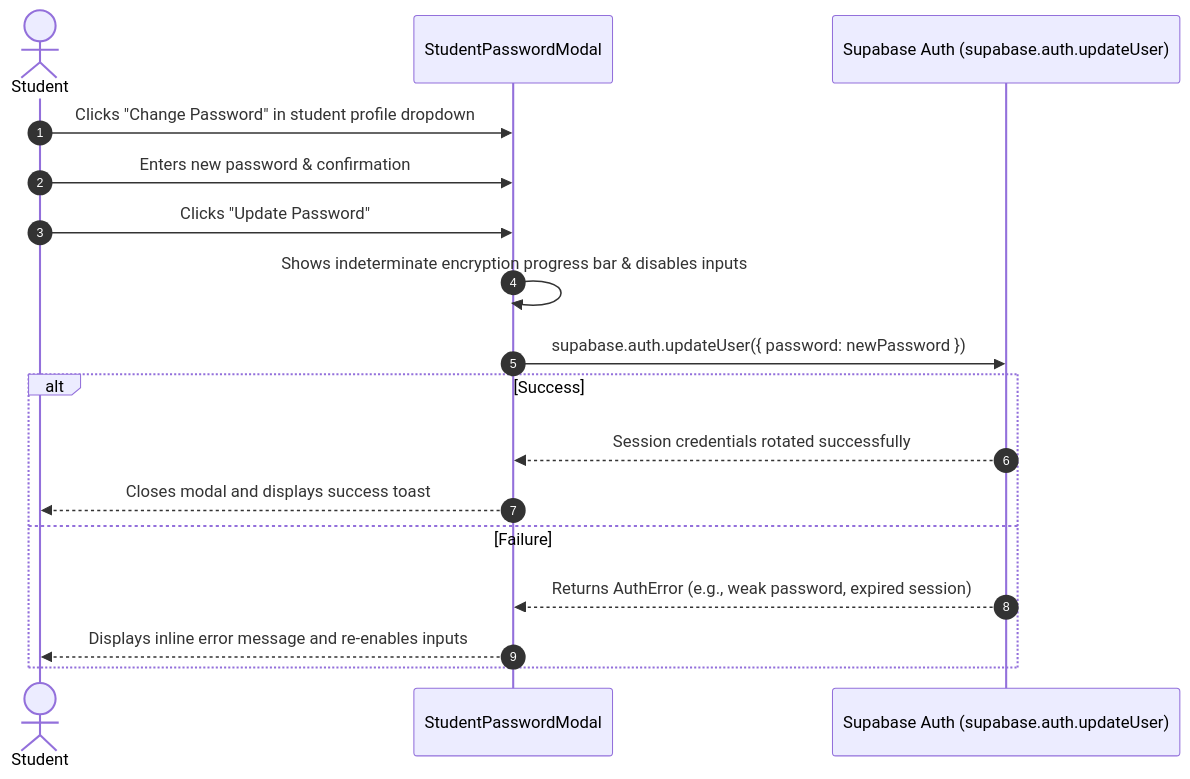
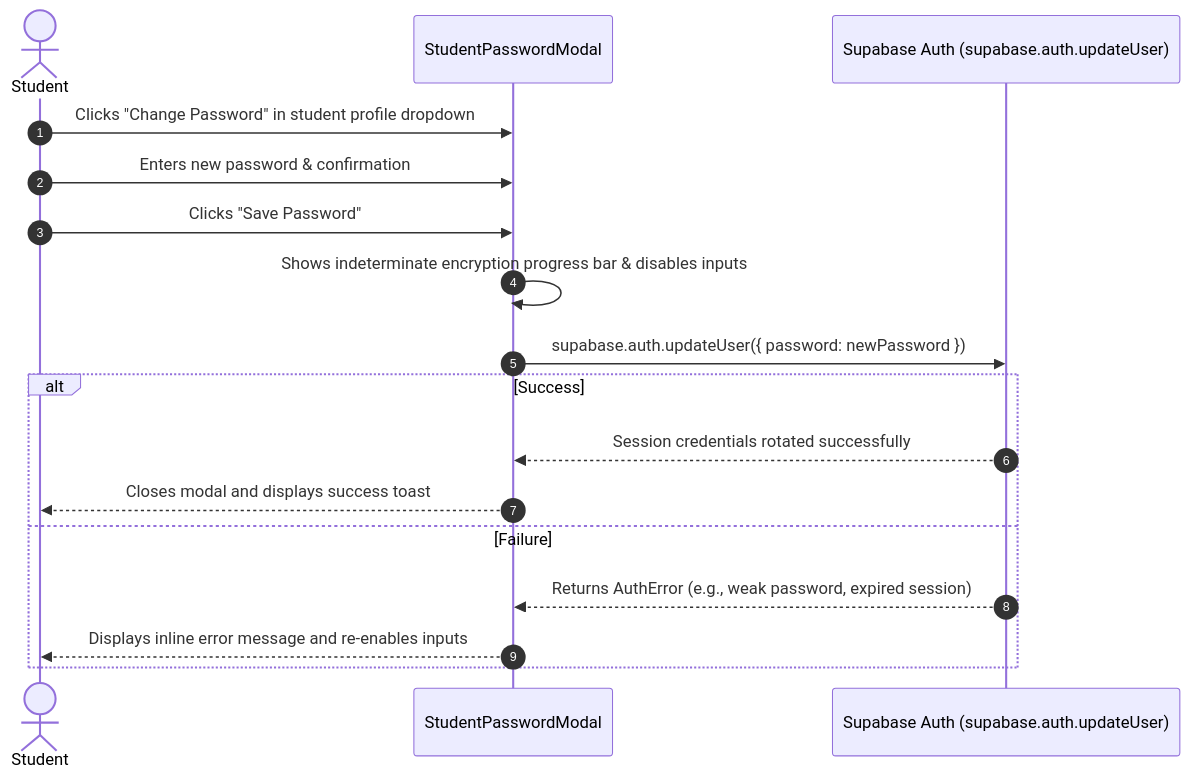
Before and after one commit to VictorBravo9er/Teacher-Assistant-Workspace: the fourth of 5 diagrams in docs/systems/workflows/student_portal_workflows.md, drawn with Mermaid. The commit also changed other lines of this file and 43 other files, not shown here.

````diff
--- a/docs/systems/workflows/student_portal_workflows.md
+++ b/docs/systems/workflows/student_portal_workflows.md
@@ -118,20 +118,20 @@
 ```mermaid
 sequenceDiagram
     autonumber
     actor Student as Student
     participant UI as StudentPasswordModal
     participant Supa as Supabase Auth (supabase.auth.updateUser)
 
     Student->>UI: Clicks "Change Password" in student profile dropdown
     Student->>UI: Enters new password & confirmation
-    Student->>UI: Clicks "Update Password"
+    Student->>UI: Clicks "Save Password"
     UI->>UI: Shows indeterminate encryption progress bar & disables inputs
     UI->>Supa: supabase.auth.updateUser({ password: newPassword })
     alt Success
         Supa-->>UI: Session credentials rotated successfully
         UI-->>Student: Closes modal and displays success toast
     else Failure
         Supa-->>UI: Returns AuthError (e.g., weak password, expired session)
         UI-->>Student: Displays inline error message and re-enables inputs
     end
 ```
````
